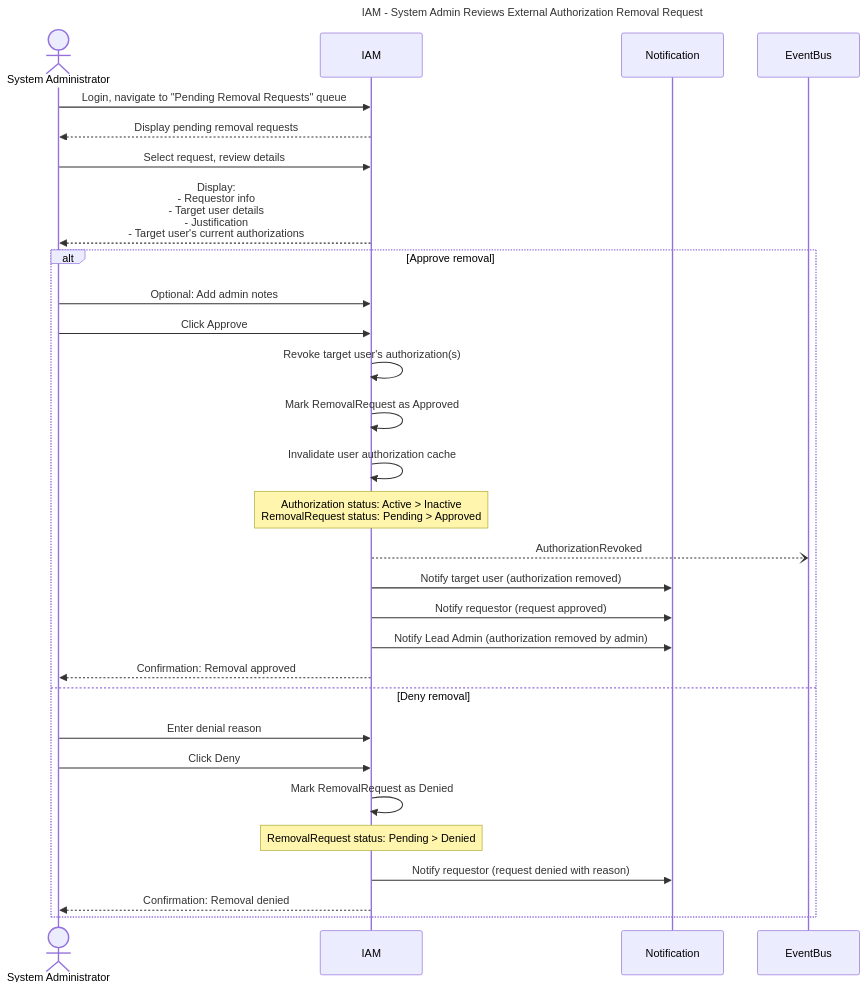
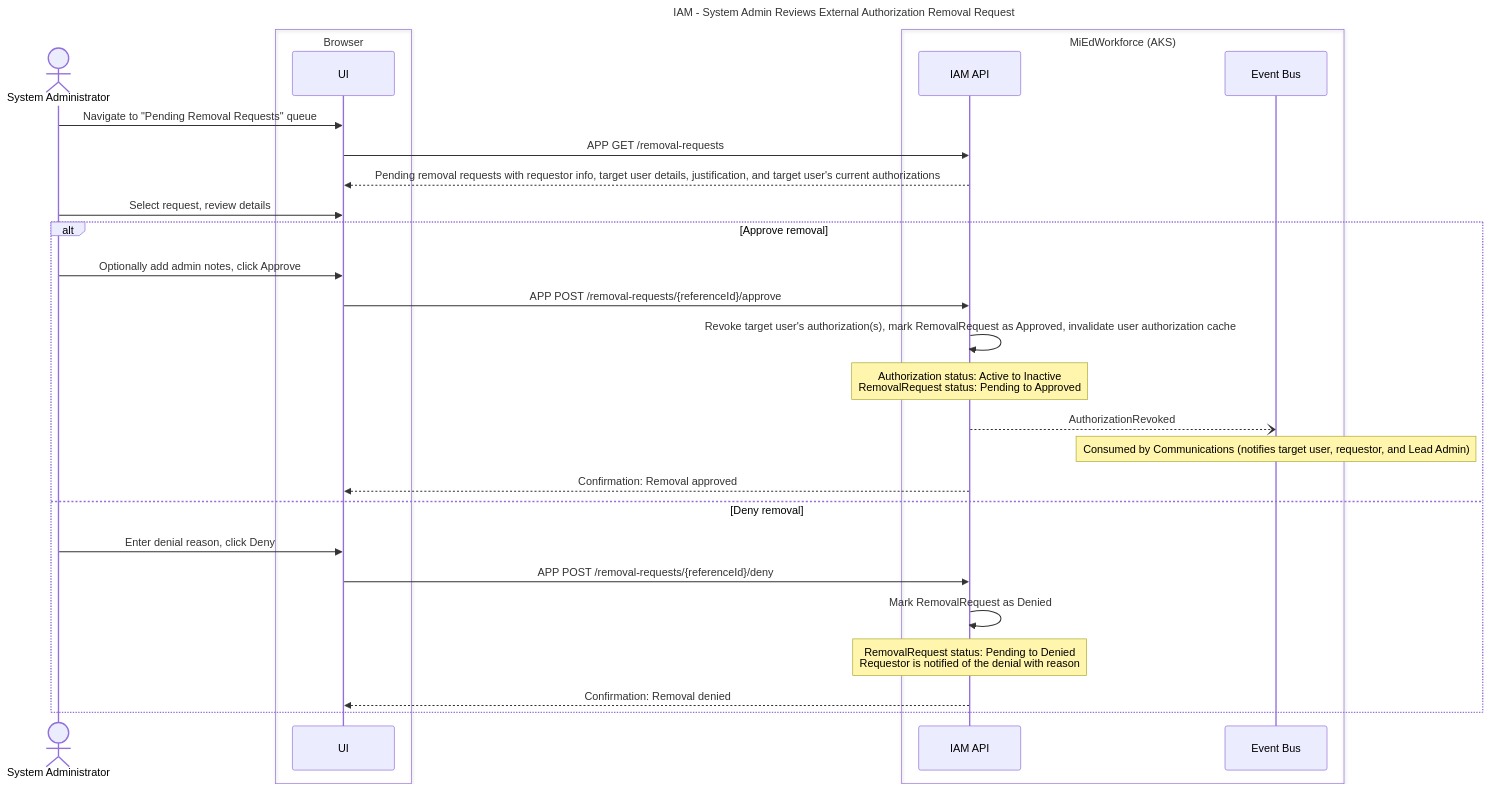
Before and after one commit to mnichols-dl/mied-design: diagram 12 of 23 in working-docs/solution-areas/iam/iam-sequences.md, drawn with Mermaid. The commit also changed other lines of this file and 34 other files, not shown here.

Commit message:
Update sequences and perform RTM assessment

````diff
--- a/working-docs/solution-areas/iam/iam-sequences.md
+++ b/working-docs/solution-areas/iam/iam-sequences.md
@@ -644,46 +677,43 @@
 ```mermaid
 ---
 title: IAM - System Admin Reviews External Authorization Removal Request
 ---
 sequenceDiagram
     actor SysAdmin as System Administrator
-    participant IAM
-    participant Notification
-    participant EventBus
-    
-    SysAdmin->>IAM: Login, navigate to "Pending Removal Requests" queue
-    IAM-->>SysAdmin: Display pending removal requests
-    
-    SysAdmin->>IAM: Select request, review details
-    IAM-->>SysAdmin: Display:<br/>- Requestor info<br/>- Target user details<br/>- Justification<br/>- Target user's current authorizations
-    
+    box Browser
+    participant UI
+    end
+    box MiEdWorkforce (AKS)
+    participant IamApi as IAM API
+    participant EventBus as Event Bus
+    end
+
+    SysAdmin->>UI: Navigate to "Pending Removal Requests" queue
+    UI->>IamApi: APP GET /removal-requests
+    IamApi-->>UI: Pending removal requests with requestor info, target user details, justification, and target user's current authorizations
+
+    SysAdmin->>UI: Select request, review details
+
     alt Approve removal
-        SysAdmin->>IAM: Optional: Add admin notes
-        SysAdmin->>IAM: Click Approve
-        
-        IAM->>IAM: Revoke target user's authorization(s)
-        IAM->>IAM: Mark RemovalRequest as Approved
-        IAM->>IAM: Invalidate user authorization cache
-        
-        Note over IAM: Authorization status: Active > Inactive<br/>RemovalRequest status: Pending > Approved
-        
-        IAM--)EventBus: AuthorizationRevoked
-        IAM->>Notification: Notify target user (authorization removed)
-        IAM->>Notification: Notify requestor (request approved)
-        IAM->>Notification: Notify Lead Admin (authorization removed by admin)
-        
-        IAM-->>SysAdmin: Confirmation: Removal approved
-        
+        SysAdmin->>UI: Optionally add admin notes, click Approve
+        UI->>IamApi: APP POST /removal-requests/{referenceId}/approve
+
+        IamApi->>IamApi: Revoke target user's authorization(s), mark RemovalRequest as Approved, invalidate user authorization cache
+
+        Note over IamApi: Authorization status: Active to Inactive<br/>RemovalRequest status: Pending to Approved
+
+        IamApi--)EventBus: AuthorizationRevoked
+        Note over EventBus: Consumed by Communications (notifies target user, requestor, and Lead Admin)
+
+        IamApi-->>UI: Confirmation: Removal approved
     else Deny removal
-        SysAdmin->>IAM: Enter denial reason
-        SysAdmin->>IAM: Click Deny
-        
-        IAM->>IAM: Mark RemovalRequest as Denied
-        
-        Note over IAM: RemovalRequest status: Pending > Denied
-        
-        IAM->>Notification: Notify requestor (request denied with reason)
-        
-        IAM-->>SysAdmin: Confirmation: Removal denied
+        SysAdmin->>UI: Enter denial reason, click Deny
+        UI->>IamApi: APP POST /removal-requests/{referenceId}/deny
+
+        IamApi->>IamApi: Mark RemovalRequest as Denied
+
+        Note over IamApi: RemovalRequest status: Pending to Denied<br/>Requestor is notified of the denial with reason
+
+        IamApi-->>UI: Confirmation: Removal denied
     end
 ```
````
